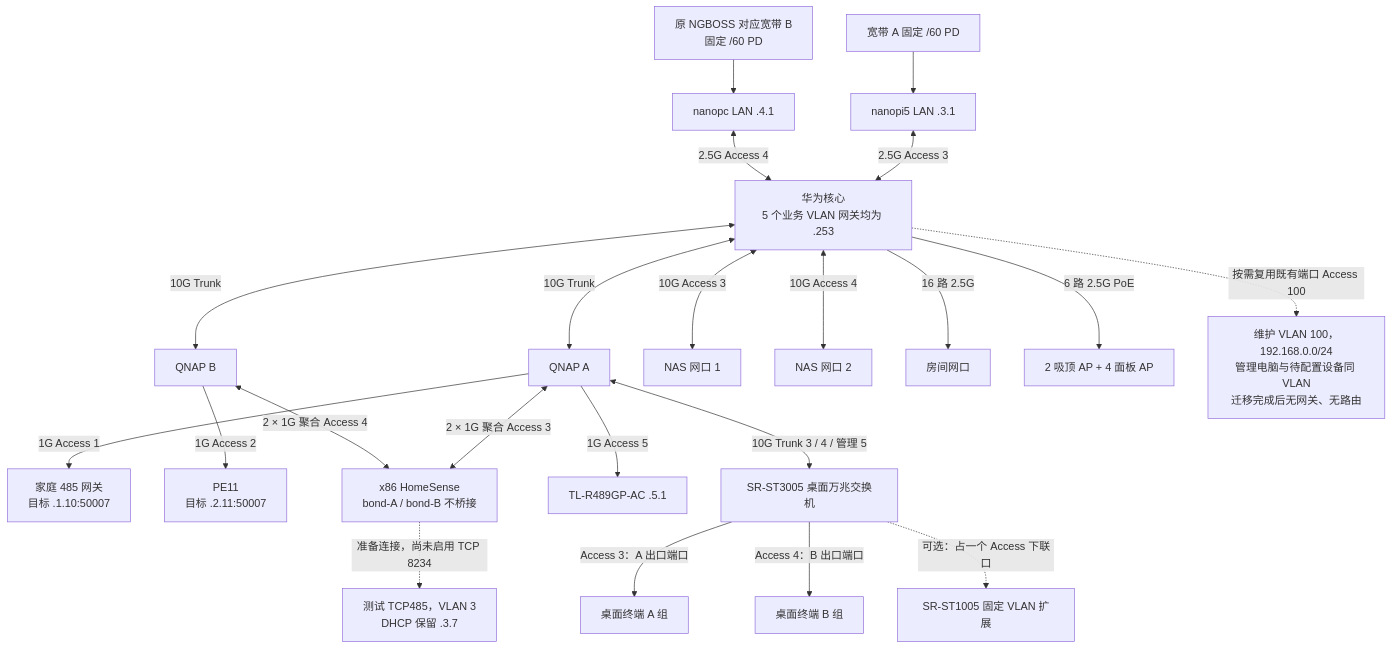
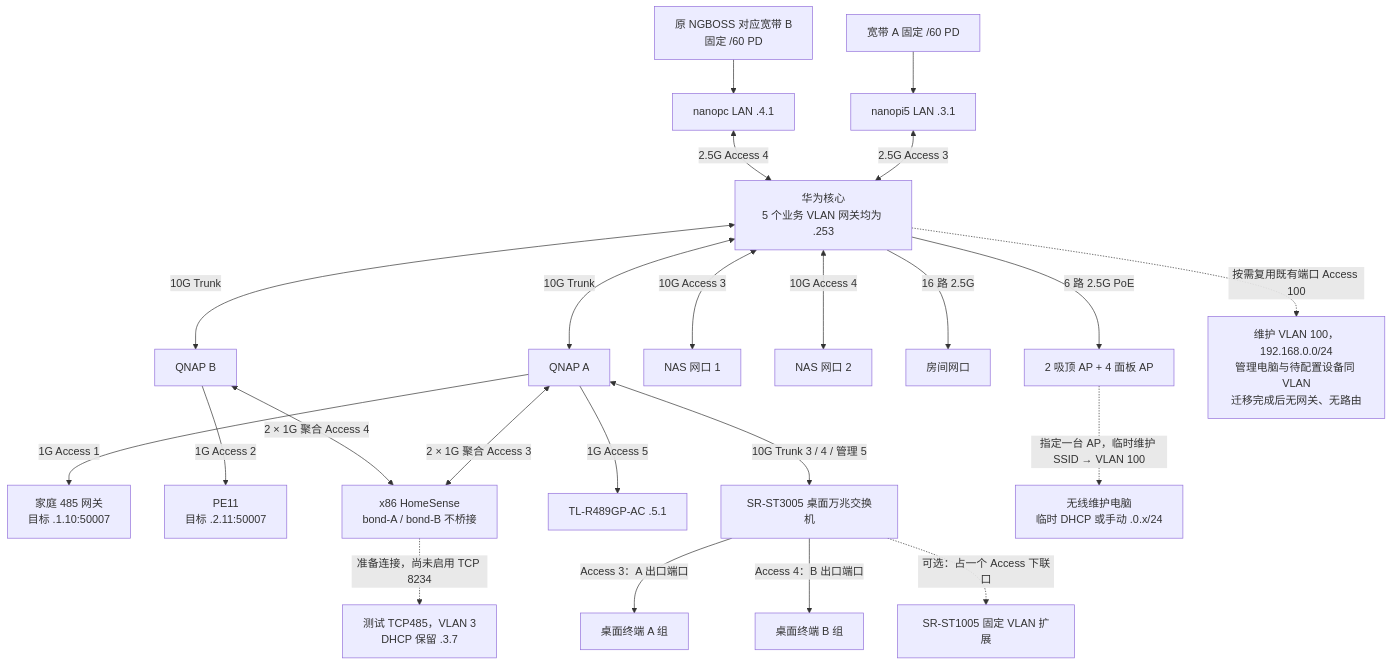
The diagram in docs/network-architecture.md (charwliu/homesense), drawn with Mermaid before and after one commit. The commit also changed other lines of this file and 1 other file, not shown here.

Commit message:
docs(network): add wireless entry for VLAN100 maintenance

````diff
--- a/docs/network-architecture.md
+++ b/docs/network-architecture.md
@@ -28,24 +28,25 @@
 ```mermaid
 flowchart TB
     WA["宽带 A 固定 /60 PD"] --> RA["nanopi5 LAN .3.1"]
     WB["原 NGBOSS 对应宽带 B<br/>固定 /60 PD"] --> RB["nanopc LAN .4.1"]
     RA <-->|"2.5G Access 3"| C["华为核心<br/>5 个业务 VLAN 网关均为 .253"]
     RB <-->|"2.5G Access 4"| C
     C <-->|"10G Trunk"| QA["QNAP A"]
     C <-->|"10G Trunk"| QB["QNAP B"]
     QA -->|"1G Access 1"| G1["家庭 485 网关<br/>目标 .1.10:50007"]
     QB -->|"1G Access 2"| G2["PE11<br/>目标 .2.11:50007"]
     C <-->|"10G Access 3"| N1["NAS 网口 1"]
     C <-->|"10G Access 4"| N2["NAS 网口 2"]
     C -->|"16 路 2.5G"| R["房间网口"]
     C -->|"6 路 2.5G PoE"| AP["2 吸顶 AP + 4 面板 AP"]
     QA <-->|"2 × 1G 聚合 Access 3"| X["x86 HomeSense<br/>bond-A / bond-B 不桥接"]
     QB <-->|"2 × 1G 聚合 Access 4"| X
     X -.->|"准备连接，尚未启用 TCP 8234"| T["测试 TCP485，VLAN 3<br/>DHCP 保留 .3.7"]
     QA -->|"1G Access 5"| AC["TL-R489GP-AC .5.1"]
     QA <-->|"10G Trunk 3 / 4 / 管理 5"| D["SR-ST3005 桌面万兆交换机"]
     D -->|"Access 3：A 出口端口"| DA["桌面终端 A 组"]
     D -->|"Access 4：B 出口端口"| DB["桌面终端 B 组"]
     D -.->|"可选：占一个 Access 下联口"| S["SR-ST1005 固定 VLAN 扩展"]
     C -.->|"按需复用既有端口 Access 100"| M["维护 VLAN 100，192.168.0.0/24<br/>管理电脑与待配置设备同 VLAN<br/>迁移完成后无网关、无路由"]
+    AP -.->|"指定一台 AP，临时维护 SSID → VLAN 100"| MW["无线维护电脑<br/>临时 DHCP 或手动 .0.x/24"]
 ```
````
